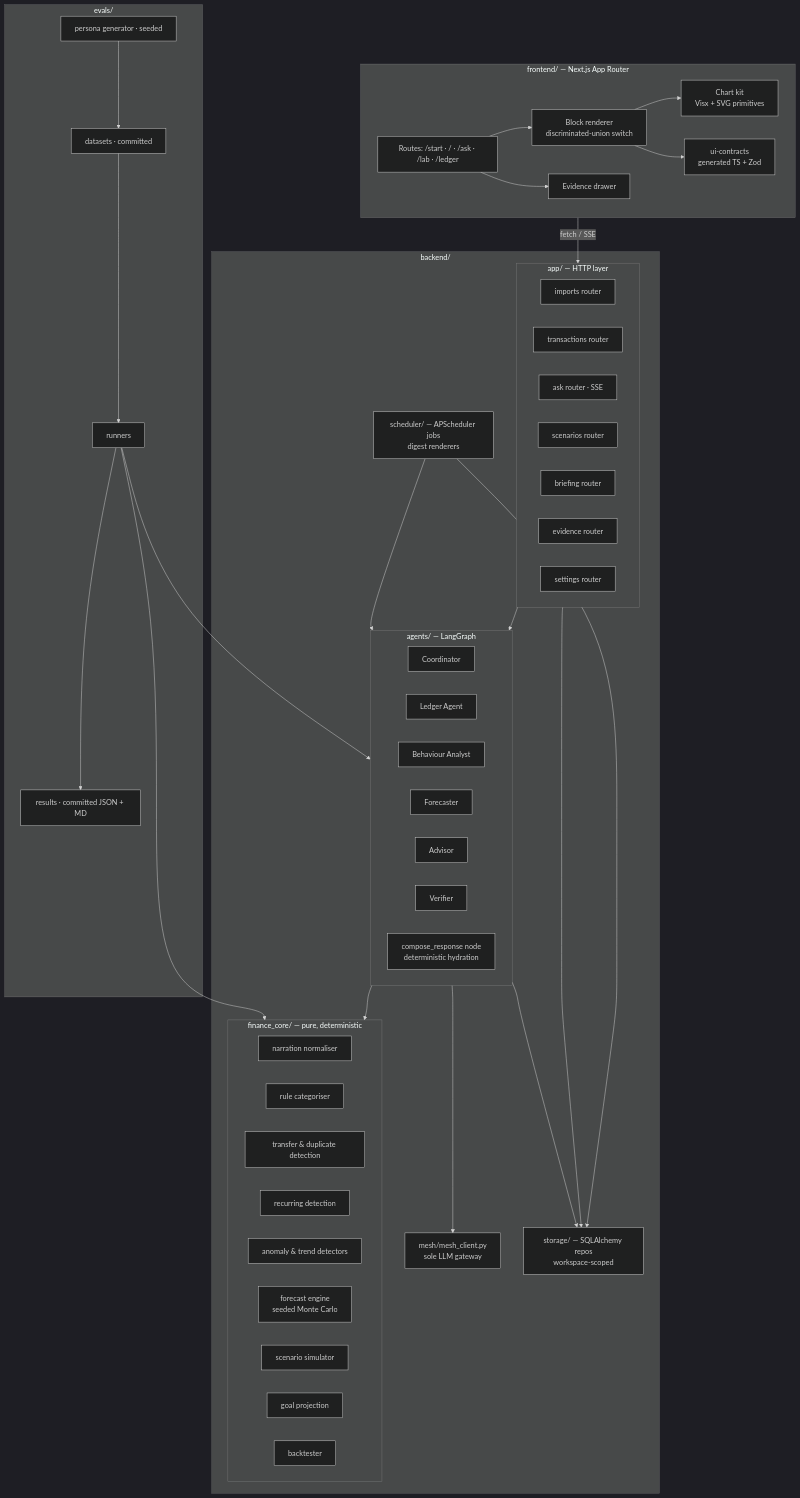
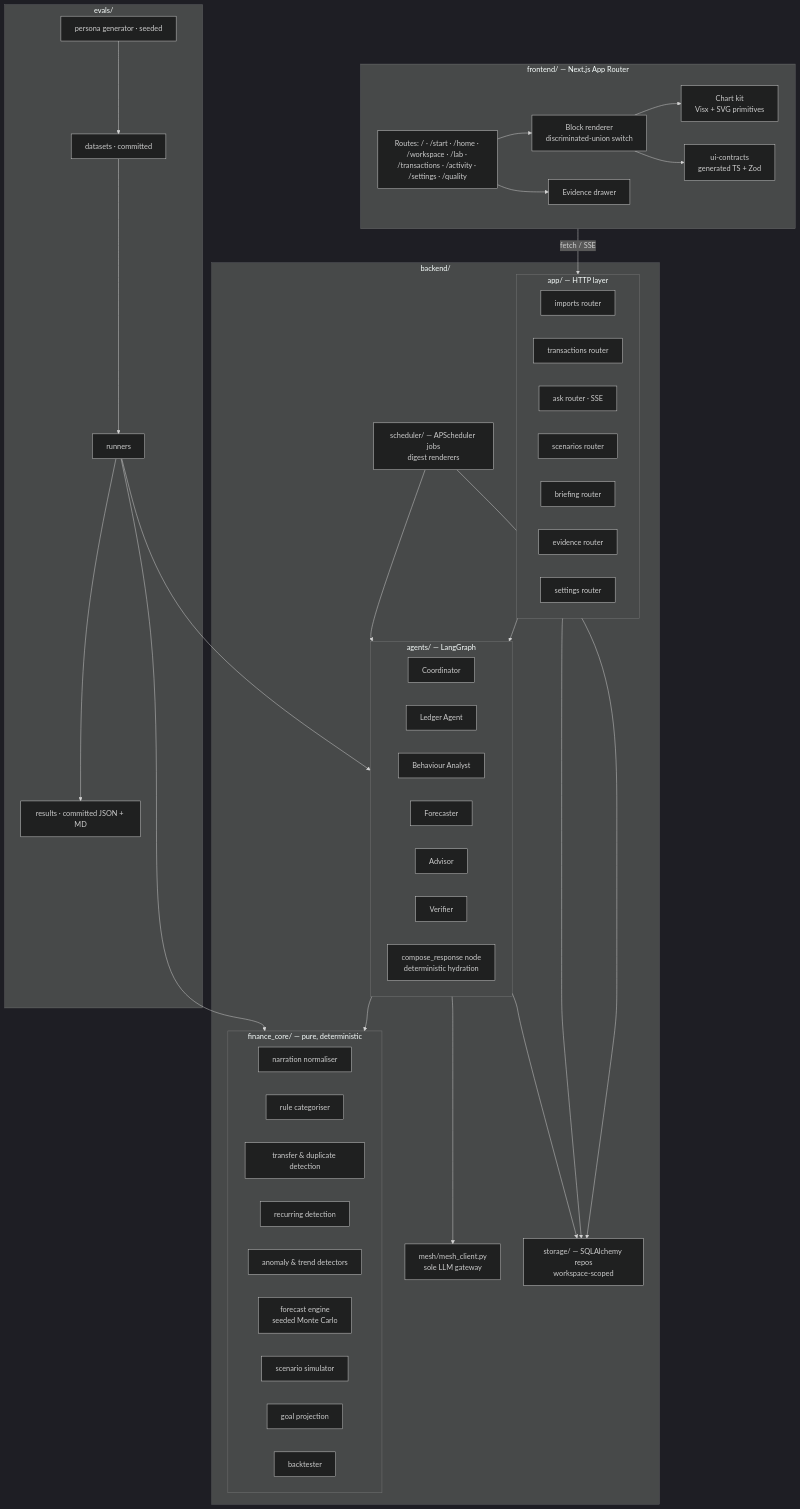
Before and after one commit to olaheavy-dev/Foresight: the second of 7 diagrams in docs/05-SYSTEM-ARCHITECTURE.md, drawn with Mermaid (dark theme). The commit also changed other lines of this file and 122 other files, not shown here.

````diff
--- a/docs/05-SYSTEM-ARCHITECTURE.md
+++ b/docs/05-SYSTEM-ARCHITECTURE.md
@@ -47,67 +47,67 @@
 ```mermaid
 flowchart TB
     subgraph FE[frontend/ — Next.js App Router]
-        PAGES[Routes: /start · / · /ask · /lab · /ledger]
+        PAGES[Routes: / · /start · /home · /workspace · /lab · /transactions · /activity · /settings · /quality]
         RENDER[Block renderer<br/>discriminated-union switch]
         CONTRACTS[ui-contracts<br/>generated TS + Zod]
         CHARTS[Chart kit<br/>Visx + SVG primitives]
         DRAWER[Evidence drawer]
         PAGES --> RENDER --> CHARTS
         RENDER --> CONTRACTS
         PAGES --> DRAWER
     end
 
     subgraph BE[backend/]
         subgraph APP[app/ — HTTP layer]
             R_IMP[imports router]
             R_TXN[transactions router]
             R_ASK[ask router · SSE]
             R_LAB[scenarios router]
             R_BRF[briefing router]
             R_EVD[evidence router]
             R_SET[settings router]
         end
         subgraph AG[agents/ — LangGraph]
             COORD[Coordinator]
             LEDGER[Ledger Agent]
             ANALYST[Behaviour Analyst]
             FORE[Forecaster]
             ADV[Advisor]
             VER[Verifier]
             COMPOSE[compose_response node<br/>deterministic hydration]
         end
         subgraph FC[finance_core/ — pure, deterministic]
             NORM[narration normaliser]
             RULES[rule categoriser]
             XFER[transfer & duplicate detection]
             REC[recurring detection]
             DET[anomaly & trend detectors]
             FCAST[forecast engine<br/>seeded Monte Carlo]
             SIM[scenario simulator]
             GOAL[goal projection]
             BT[backtester]
         end
         MESHC[mesh/mesh_client.py<br/>sole LLM gateway]
         STORE[storage/ — SQLAlchemy repos<br/>workspace-scoped]
         SCHED[scheduler/ — APScheduler jobs<br/>digest renderers]
     end
 
     subgraph EV[evals/]
         GEN[persona generator · seeded]
         DS[datasets · committed]
         RUN[runners]
         RES[results · committed JSON + MD]
     end
 
     FE -->|fetch / SSE| APP
     APP --> AG
     APP --> STORE
     AG --> FC
     AG --> MESHC
     AG --> STORE
     SCHED --> AG
     SCHED --> STORE
     RUN --> AG
     RUN --> FC
     GEN --> DS --> RUN --> RES
 ```
````
